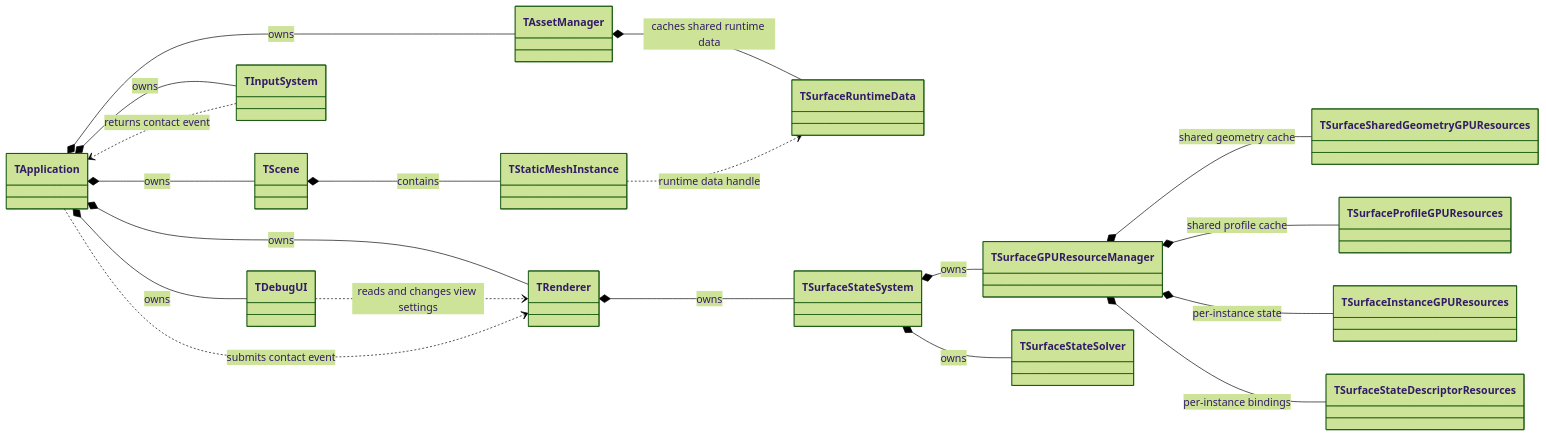
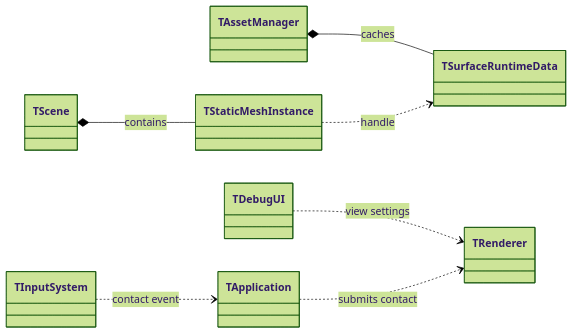
Before and after one commit to Yonaim/Material-Dependent-Surface-State-Engine: the second of 7 diagrams in Docs/MDSSP-Vault/04_Architecture/0001_Engine-Structure.md, drawn with Mermaid (forest theme). The commit also changed other lines of this file and 55 other files, not shown here.

Commit message:
Docs: Flow Map과 Architecture 문서 체계 정리

````diff
--- a/Docs/MDSSP-Vault/04_Architecture/0001_Engine-Structure.md
+++ b/Docs/MDSSP-Vault/04_Architecture/0001_Engine-Structure.md
@@ -21,38 +42,10 @@
 ```mermaid
 classDiagram
 direction LR
-class TApplication
-class TRenderer
-class TDebugUI
-class TInputSystem
-class TAssetManager
-class TScene
-class TStaticMeshInstance
-class TSurfaceRuntimeData
-class TSurfaceStateSystem
-class TSurfaceGPUResourceManager
-class TSurfaceStateSolver
-class TSurfaceSharedGeometryGPUResources
-class TSurfaceProfileGPUResources
-class TSurfaceInstanceGPUResources
-class TSurfaceStateDescriptorResources
-
-TApplication *-- TRenderer : owns
-TApplication *-- TDebugUI : owns
-TApplication *-- TInputSystem : owns
-TApplication *-- TAssetManager : owns
-TApplication *-- TScene : owns
-TRenderer *-- TSurfaceStateSystem : owns
-TSurfaceStateSystem *-- TSurfaceGPUResourceManager : owns
-TSurfaceStateSystem *-- TSurfaceStateSolver : owns
-TAssetManager *-- TSurfaceRuntimeData : caches shared runtime data
 TScene *-- TStaticMeshInstance : contains
-TStaticMeshInstance ..> TSurfaceRuntimeData : runtime data handle
-TSurfaceGPUResourceManager *-- TSurfaceSharedGeometryGPUResources : shared geometry cache
-TSurfaceGPUResourceManager *-- TSurfaceProfileGPUResources : shared profile cache
-TSurfaceGPUResourceManager *-- TSurfaceInstanceGPUResources : per-instance state
-TSurfaceGPUResourceManager *-- TSurfaceStateDescriptorResources : per-instance bindings
-TDebugUI ..> TRenderer : reads and changes view settings
-TInputSystem ..> TApplication : returns contact event
-TApplication ..> TRenderer : submits contact event
+TAssetManager *-- TSurfaceRuntimeData : caches
+TStaticMeshInstance ..> TSurfaceRuntimeData : handle
+TDebugUI ..> TRenderer : view settings
+TInputSystem ..> TApplication : contact event
+TApplication ..> TRenderer : submits contact
 ```
````
